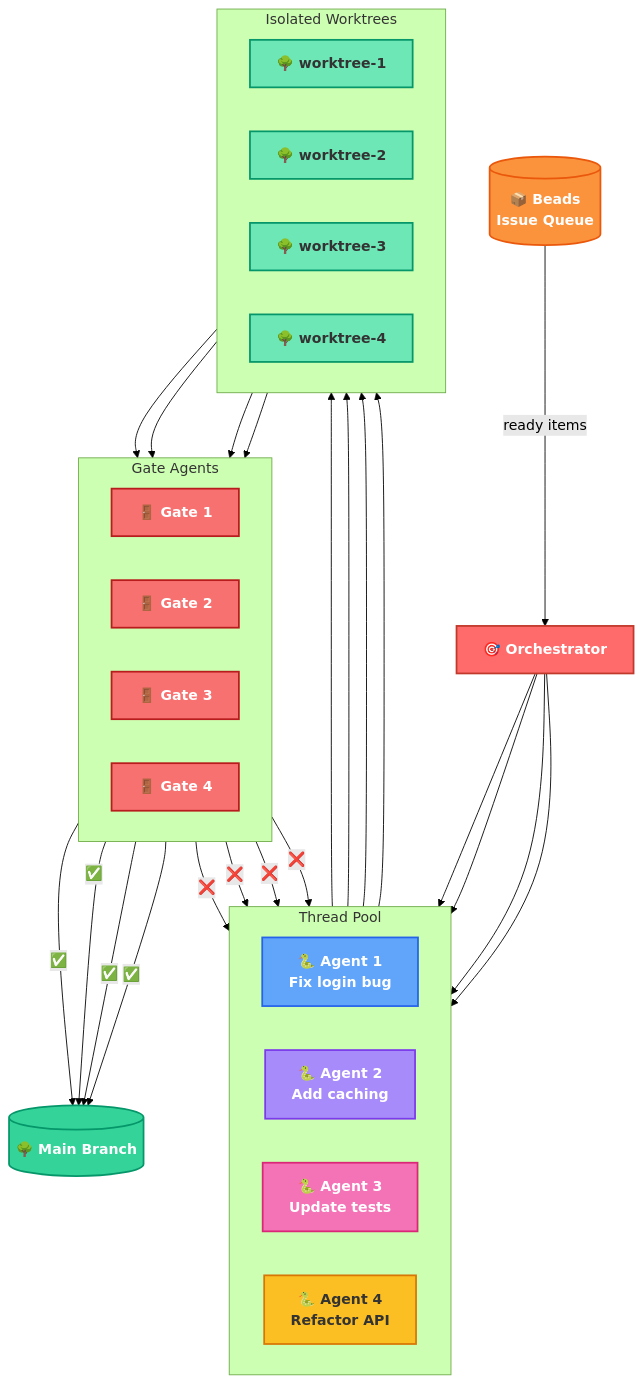
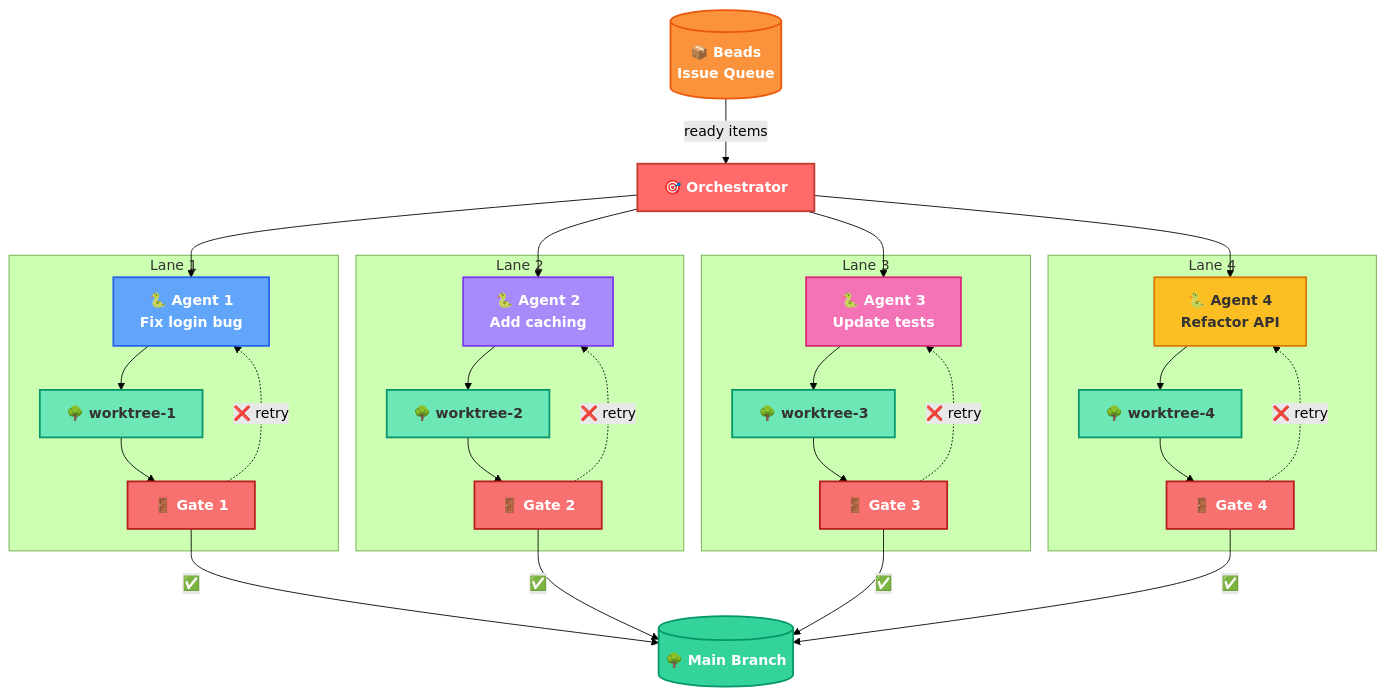
The second of 2 diagrams in pokepoke.md (AmeliaRose802/PokePoke), drawn with Mermaid (forest theme) before and after one commit. The commit also changed other lines of this file, not shown here.

Commit message:
chore: auto-commit for pre-flight health check

````diff
--- a/pokepoke.md
+++ b/pokepoke.md
@@ -30,58 +30,57 @@
 ```mermaid
 graph TB
     Beads[("📦 Beads<br/>Issue Queue")]:::ext
-
     Orch["🎯 Orchestrator"]:::core
-
-    subgraph Pool["Thread Pool"]
-        direction LR
-        A1["🐍 Agent 1<br/>Fix login bug"]:::a1
-        A2["🐍 Agent 2<br/>Add caching"]:::a2
-        A3["🐍 Agent 3<br/>Update tests"]:::a3
-        A4["🐍 Agent 4<br/>Refactor API"]:::a4
-    end
-
-    subgraph Gates["Gate Agents"]
-        direction LR
-        G1["🚪 Gate 1"]:::gate
-        G2["🚪 Gate 2"]:::gate
-        G3["🚪 Gate 3"]:::gate
-        G4["🚪 Gate 4"]:::gate
-    end
-
-    subgraph Worktrees["Isolated Worktrees"]
-        direction LR
-        W1["🌳 worktree-1"]:::wt
-        W2["🌳 worktree-2"]:::wt
-        W3["🌳 worktree-3"]:::wt
-        W4["🌳 worktree-4"]:::wt
-    end
-
     Main[("🌳 Main Branch")]:::done
 
     Beads -->|"ready items"| Orch
+
     Orch --> A1 & A2 & A3 & A4
-    A1 --> W1
-    A2 --> W2
-    A3 --> W3
-    A4 --> W4
-    W1 --> G1
-    W2 --> G2
-    W3 --> G3
-    W4 --> G4
-    G1 -->|"❌"| A1
-    G2 -->|"❌"| A2
-    G3 -->|"❌"| A3
-    G4 -->|"❌"| A4
-    G1 & G2 & G3 & G4 -->|"✅"| Main
+
+    subgraph L1["Lane 1"]
+        A1["🐍 Agent 1<br/>Fix login bug"]:::a1
+        W1["🌳 worktree-1"]:::wt
+        G1["🚪 Gate 1"]:::gate
+        A1 --> W1 --> G1
+        G1 -.->|"❌ retry"| A1
+    end
+
+    subgraph L2["Lane 2"]
+        A2["🐍 Agent 2<br/>Add caching"]:::a2
+        W2["🌳 worktree-2"]:::wt
+        G2["🚪 Gate 2"]:::gate
+        A2 --> W2 --> G2
+        G2 -.->|"❌ retry"| A2
+    end
+
+    subgraph L3["Lane 3"]
+        A3["🐍 Agent 3<br/>Update tests"]:::a3
+        W3["🌳 worktree-3"]:::wt
+        G3["🚪 Gate 3"]:::gate
+        A3 --> W3 --> G3
+        G3 -.->|"❌ retry"| A3
+    end
+
+    subgraph L4["Lane 4"]
+        A4["🐍 Agent 4<br/>Refactor API"]:::a4
+        W4["🌳 worktree-4"]:::wt
+        G4["🚪 Gate 4"]:::gate
+        A4 --> W4 --> G4
+        G4 -.->|"❌ retry"| A4
+    end
+
+    G1 -->|"✅"| Main
+    G2 -->|"✅"| Main
+    G3 -->|"✅"| Main
+    G4 -->|"✅"| Main
 
     classDef ext fill:#FB923C,stroke:#EA580C,stroke-width:2px,color:#fff,font-weight:bold
     classDef core fill:#FF6B6B,stroke:#C0392B,stroke-width:2px,color:#fff,font-weight:bold
     classDef a1 fill:#60A5FA,stroke:#2563EB,stroke-width:2px,color:#fff,font-weight:bold
     classDef a2 fill:#A78BFA,stroke:#7C3AED,stroke-width:2px,color:#fff,font-weight:bold
     classDef a3 fill:#F472B6,stroke:#DB2777,stroke-width:2px,color:#fff,font-weight:bold
     classDef a4 fill:#FBBF24,stroke:#D97706,stroke-width:2px,color:#333,font-weight:bold
     classDef wt fill:#6EE7B7,stroke:#059669,stroke-width:2px,color:#333,font-weight:bold
     classDef gate fill:#F87171,stroke:#B91C1C,stroke-width:2px,color:#fff,font-weight:bold
     classDef done fill:#34D399,stroke:#059669,stroke-width:2px,color:#fff,font-weight:bold
 ```
````
